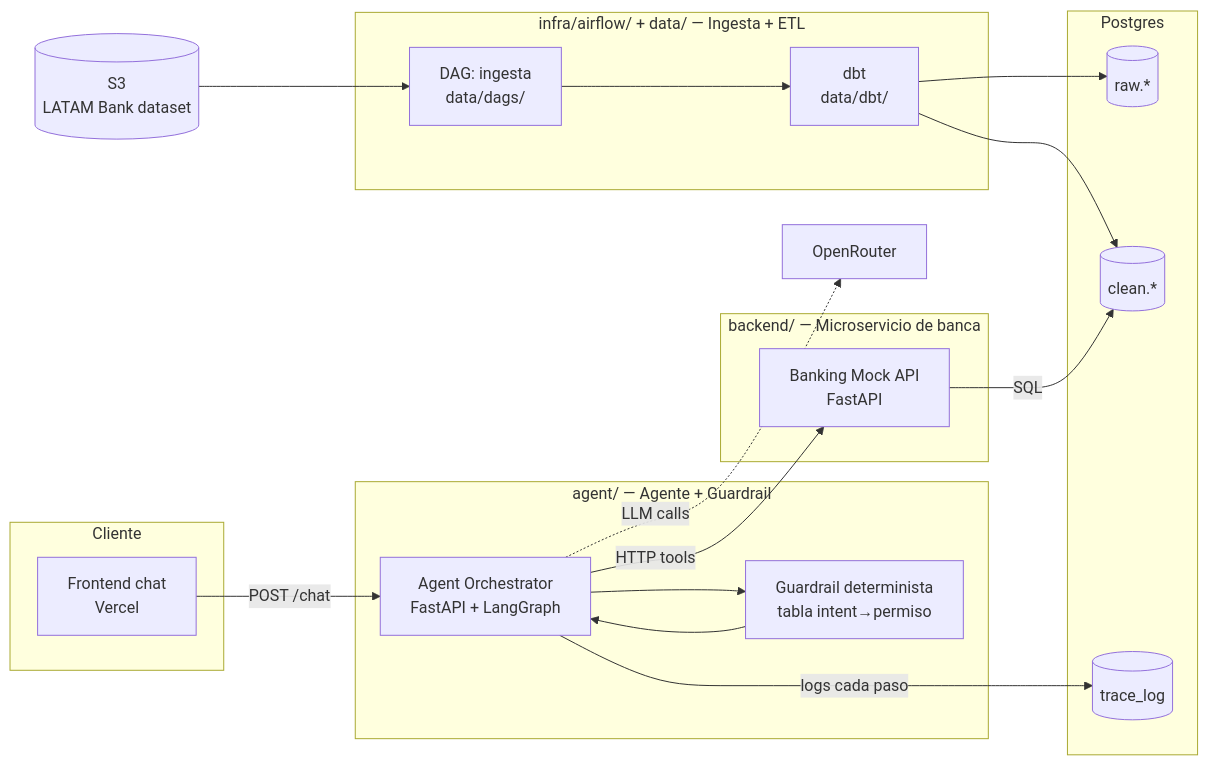
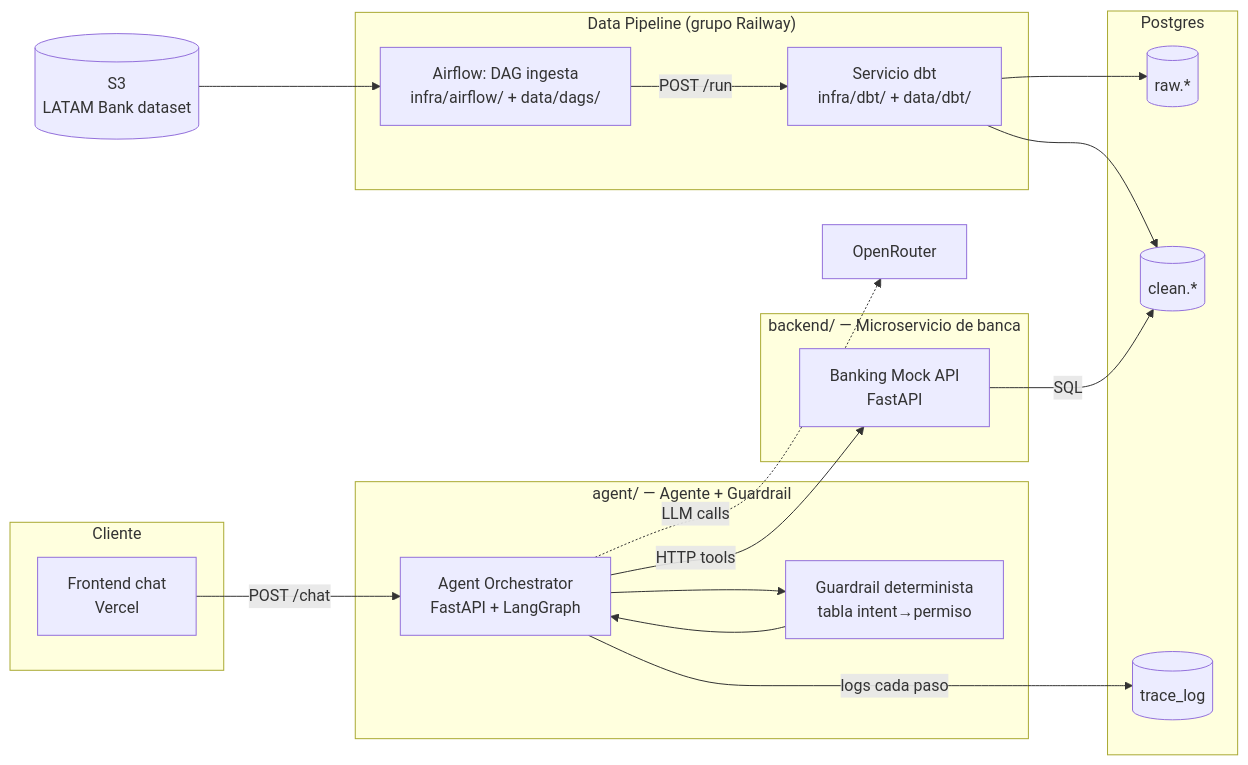
The first of 2 diagrams in spec/ARCHITECTURE.md (diego-rejalas/factored-hackathon-2026-bitcoders), drawn with Mermaid before and after one commit. The commit also changed other lines of this file and 8 other files, not shown here.

First line of the commit message:
refactor: split dbt into its own Railway service (infra/dbt/)

````diff
--- a/spec/ARCHITECTURE.md
+++ b/spec/ARCHITECTURE.md
@@ -9,39 +9,39 @@
 ```mermaid
 flowchart LR
     subgraph client["Cliente"]
         FE[Frontend chat<br/>Vercel]
     end
 
     subgraph agentv["agent/ — Agente + Guardrail"]
         AGENT[Agent Orchestrator<br/>FastAPI + LangGraph]
         GUARD[Guardrail determinista<br/>tabla intent→permiso]
         AGENT --> GUARD
         GUARD --> AGENT
     end
 
     subgraph bankv["backend/ — Microservicio de banca"]
         BANK[Banking Mock API<br/>FastAPI]
     end
 
-    subgraph etlv["infra/airflow/ + data/ — Ingesta + ETL"]
-        INGEST[DAG: ingesta<br/>data/dags/]
-        DBT[dbt<br/>data/dbt/]
-        INGEST --> DBT
+    subgraph etlv["Data Pipeline (grupo Railway)"]
+        INGEST[Airflow: DAG ingesta<br/>infra/airflow/ + data/dags/]
+        DBT[Servicio dbt<br/>infra/dbt/ + data/dbt/]
+        INGEST -->|POST /run| DBT
     end
 
     subgraph data["Postgres"]
         RAW[(raw.*)]
         CLEAN[(clean.*)]
         TRACE[(trace_log)]
     end
 
     S3[(S3<br/>LATAM Bank dataset)] --> INGEST
     DBT --> RAW
     DBT --> CLEAN
 
     FE -->|POST /chat| AGENT
     AGENT -->|logs cada paso| TRACE
     AGENT -->|HTTP tools| BANK
     BANK -->|SQL| CLEAN
     AGENT -.->|LLM calls| OR[OpenRouter]
 ```
````
